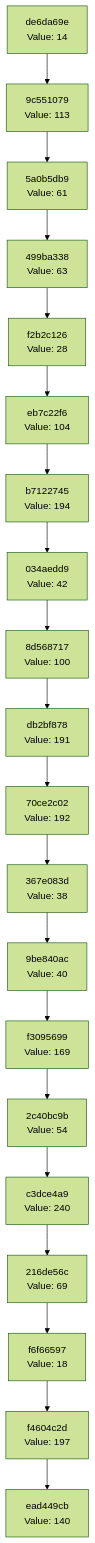
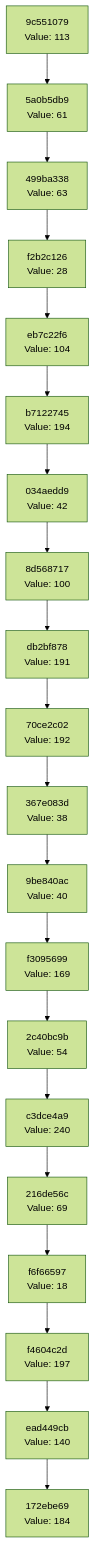
Before and after one commit to Abhisheksinha1506/hash-chain-evolver: the diagram in docs/CHAIN_VISUALIZATION.md, drawn with Mermaid (forest theme). The commit also changed 3 other files, not shown here.

````diff
--- a/docs/CHAIN_VISUALIZATION.md
+++ b/docs/CHAIN_VISUALIZATION.md
@@ -3,42 +3,42 @@
 ```mermaid
 graph TD
-    C0["ead449cb<br/>Value: 140"]
-    C1["f4604c2d<br/>Value: 197"]
+    C0["172ebe69<br/>Value: 184"]
+    C1["ead449cb<br/>Value: 140"]
     C1 --> C0
-    C2["f6f66597<br/>Value: 18"]
+    C2["f4604c2d<br/>Value: 197"]
     C2 --> C1
-    C3["216de56c<br/>Value: 69"]
+    C3["f6f66597<br/>Value: 18"]
     C3 --> C2
-    C4["c3dce4a9<br/>Value: 240"]
+    C4["216de56c<br/>Value: 69"]
     C4 --> C3
-    C5["2c40bc9b<br/>Value: 54"]
+    C5["c3dce4a9<br/>Value: 240"]
     C5 --> C4
-    C6["f3095699<br/>Value: 169"]
+    C6["2c40bc9b<br/>Value: 54"]
     C6 --> C5
-    C7["9be840ac<br/>Value: 40"]
+    C7["f3095699<br/>Value: 169"]
     C7 --> C6
-    C8["367e083d<br/>Value: 38"]
+    C8["9be840ac<br/>Value: 40"]
     C8 --> C7
-    C9["70ce2c02<br/>Value: 192"]
+    C9["367e083d<br/>Value: 38"]
     C9 --> C8
-    C10["db2bf878<br/>Value: 191"]
+    C10["70ce2c02<br/>Value: 192"]
     C10 --> C9
-    C11["8d568717<br/>Value: 100"]
+    C11["db2bf878<br/>Value: 191"]
     C11 --> C10
-    C12["034aedd9<br/>Value: 42"]
+    C12["8d568717<br/>Value: 100"]
     C12 --> C11
-    C13["b7122745<br/>Value: 194"]
+    C13["034aedd9<br/>Value: 42"]
     C13 --> C12
-    C14["eb7c22f6<br/>Value: 104"]
+    C14["b7122745<br/>Value: 194"]
     C14 --> C13
-    C15["f2b2c126<br/>Value: 28"]
+    C15["eb7c22f6<br/>Value: 104"]
     C15 --> C14
-    C16["499ba338<br/>Value: 63"]
+    C16["f2b2c126<br/>Value: 28"]
     C16 --> C15
-    C17["5a0b5db9<br/>Value: 61"]
+    C17["499ba338<br/>Value: 63"]
     C17 --> C16
-    C18["9c551079<br/>Value: 113"]
+    C18["5a0b5db9<br/>Value: 61"]
     C18 --> C17
-    C19["de6da69e<br/>Value: 14"]
+    C19["9c551079<br/>Value: 113"]
     C19 --> C18
 ```
````
